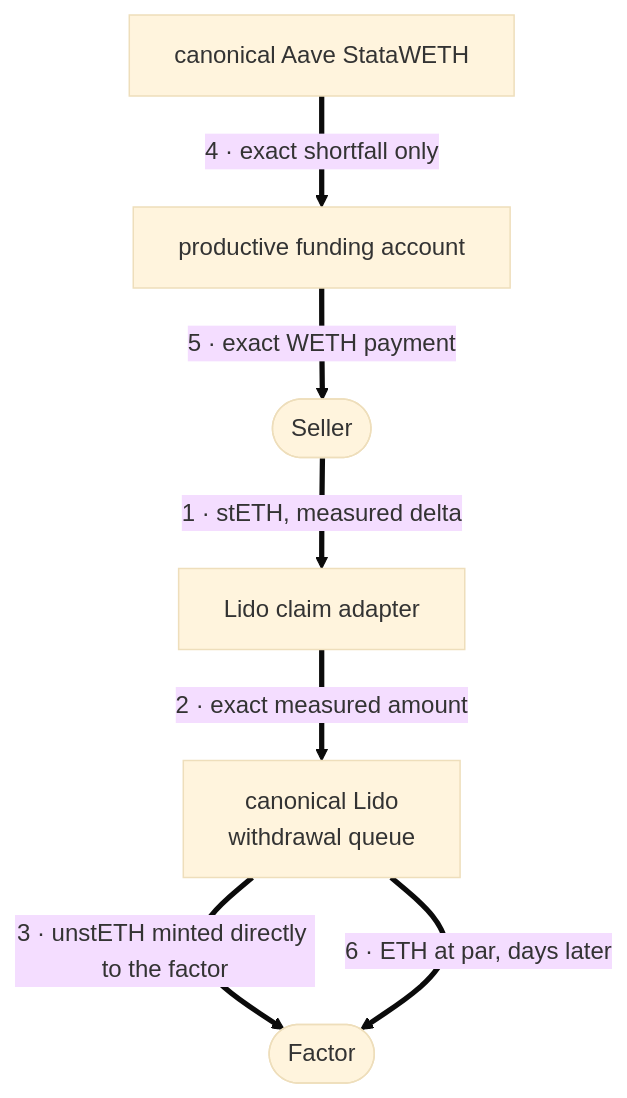
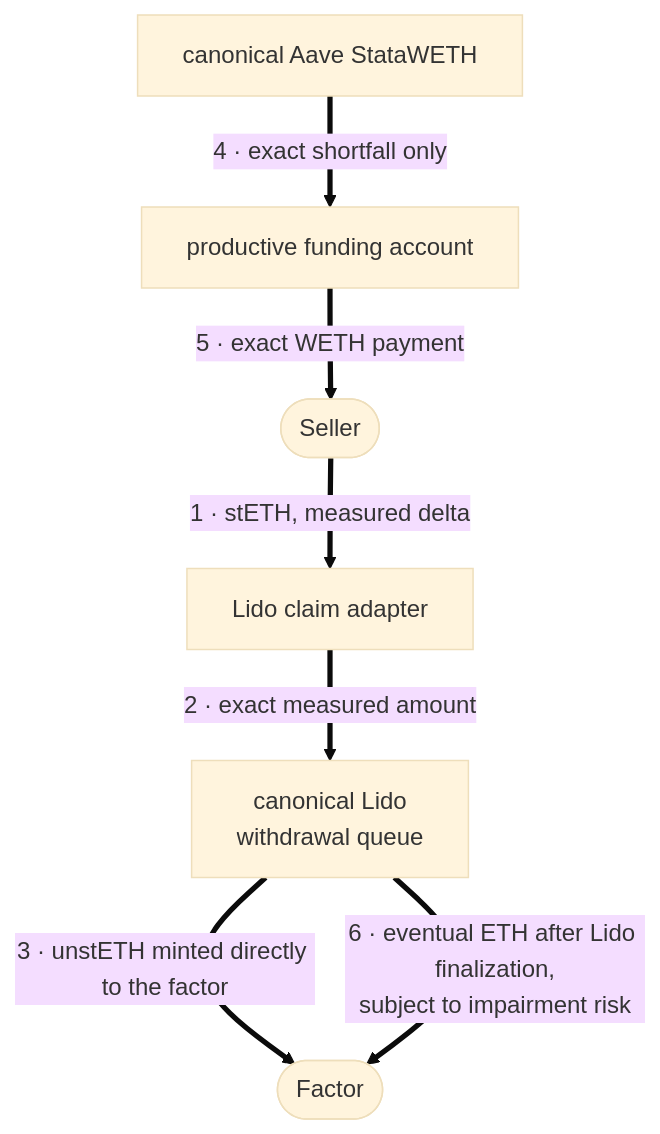
Before and after one commit to zkoranges/intentional: the first of 2 diagrams in README.md, drawn with Mermaid (base theme). The commit also changed other lines of this file and 1 other file, not shown here.

````diff
--- a/README.md
+++ b/README.md
@@ -44,16 +48,16 @@
 ```mermaid
 flowchart TB
     SELLER(["Seller"])
     ADAPTER["Lido claim adapter"]
     QUEUE["canonical Lido<br/>withdrawal queue"]
     FACTOR(["Factor"])
     FUND["productive funding account"]
     AAVE["canonical Aave StataWETH"]
 
     SELLER ==>|"1 · stETH, measured delta"| ADAPTER
     ADAPTER ==>|"2 · exact measured amount"| QUEUE
     QUEUE ==>|"3 · unstETH minted directly to the factor"| FACTOR
     AAVE ==>|"4 · exact shortfall only"| FUND
     FUND ==>|"5 · exact WETH payment"| SELLER
-    QUEUE ==>|"6 · ETH at par, days later"| FACTOR
+    QUEUE ==>|"6 · eventual ETH after Lido finalization,<br/>subject to impairment risk"| FACTOR
 ```
````
